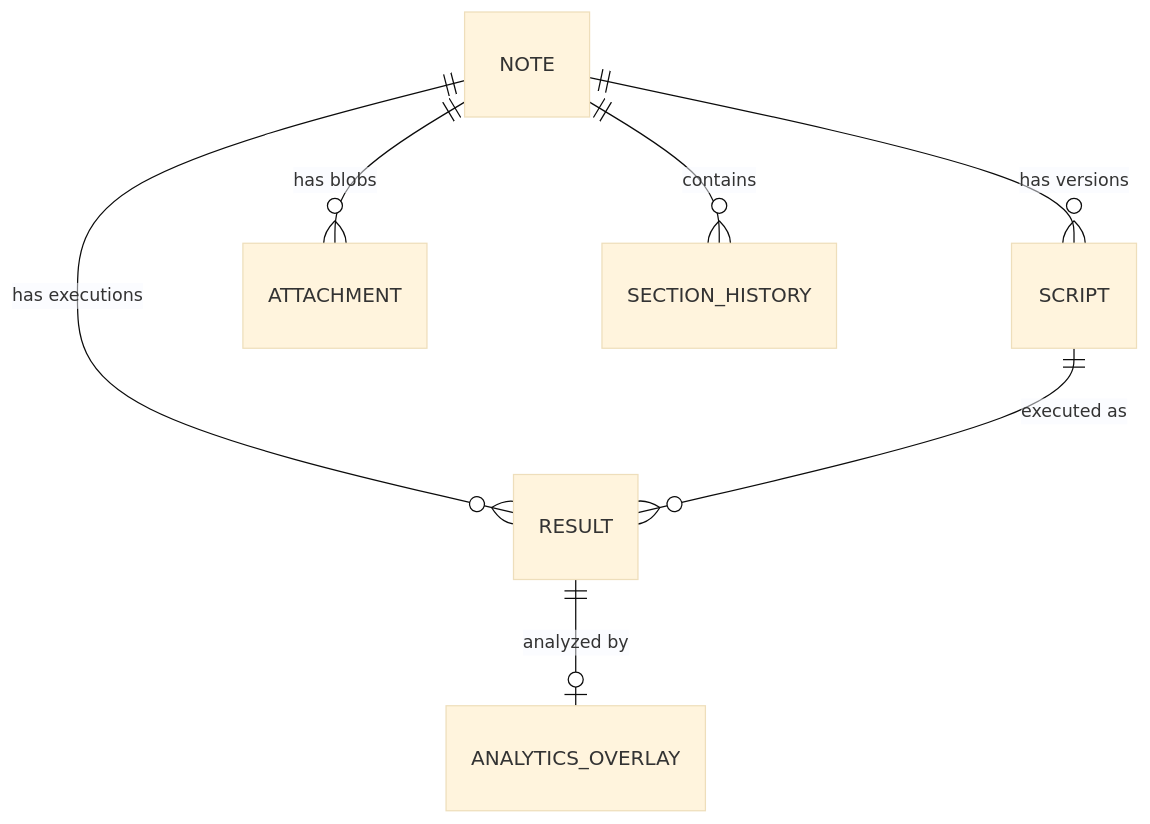
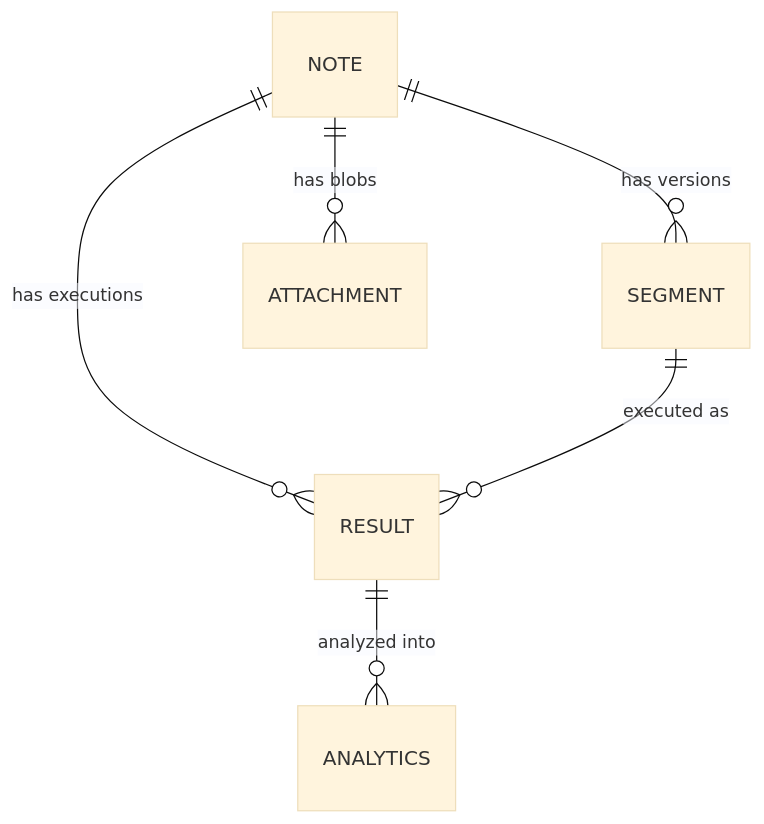
The diagram in docs/architecture/STORAGE_SCHEMA.md (SergeiGolos/wod-wiki), drawn with Mermaid (base theme) before and after one commit. The commit also changed other lines of this file and 38 other files, not shown here.

````diff
--- a/docs/architecture/STORAGE_SCHEMA.md
+++ b/docs/architecture/STORAGE_SCHEMA.md
@@ -129,9 +111,8 @@
 ```mermaid
 erDiagram
-    NOTE ||--o{ SCRIPT : "has versions"
+    NOTE ||--o{ SEGMENT : "has versions"
     NOTE ||--o{ RESULT : "has executions"
     NOTE ||--o{ ATTACHMENT : "has blobs"
-    SCRIPT ||--o{ RESULT : "executed as"
-    RESULT ||--o| ANALYTICS_OVERLAY : "analyzed by"
-    NOTE ||--o{ SECTION_HISTORY : "contains"
+    SEGMENT ||--o{ RESULT : "executed as"
+    RESULT ||--o{ ANALYTICS : "analyzed into"
 ```
````
